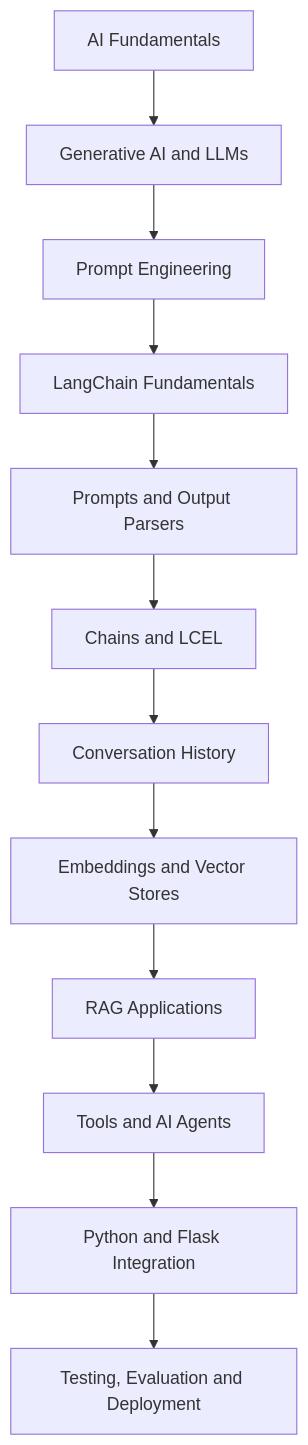
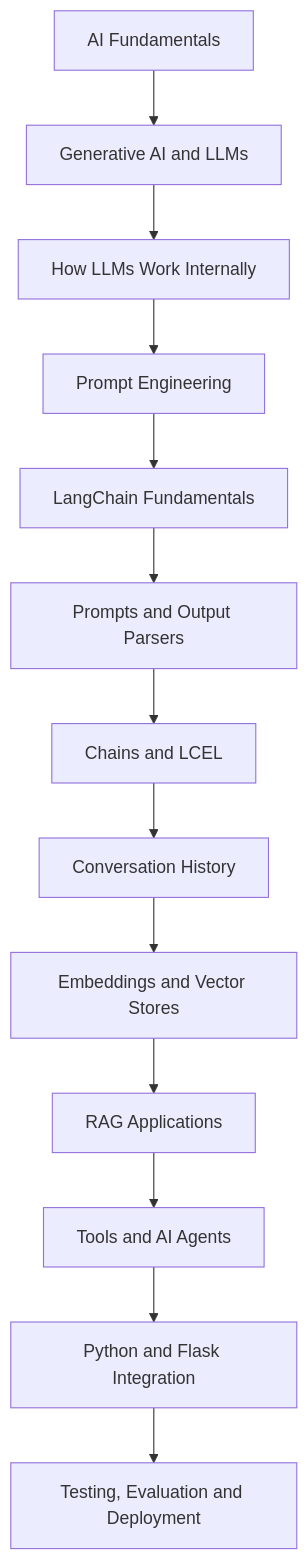
Before and after one commit to Nrup2021/Generative-AI-LangChain-Beginner-to-Practical-Guide: the first of 14 diagrams in README.md, drawn with Mermaid. The commit also changed other lines of this file, not shown here.

````diff
--- a/README.md
+++ b/README.md
@@ -645,14 +66,15 @@
 ```mermaid
 flowchart TD
     A["AI Fundamentals"] --> B["Generative AI and LLMs"]
-    B --> C["Prompt Engineering"]
+    B --> N["How LLMs Work Internally"]
+    N --> C["Prompt Engineering"]
     C --> D["LangChain Fundamentals"]
     D --> E["Prompts and Output Parsers"]
     E --> F["Chains and LCEL"]
     F --> G["Conversation History"]
     G --> H["Embeddings and Vector Stores"]
     H --> I["RAG Applications"]
     I --> J["Tools and AI Agents"]
     J --> K["Python and Flask Integration"]
     K --> L["Testing, Evaluation and Deployment"]
 ```
````
